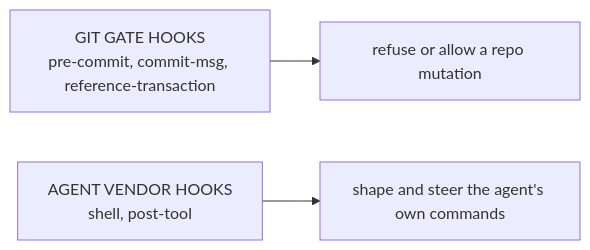
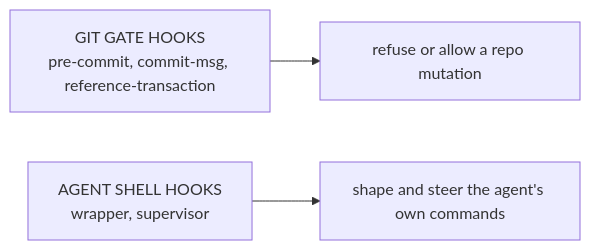
One commit to infimalabs/spice-rust changed the third of 8 diagrams in docs/product/planes/hooks.md. Above: the diagram before and after it, drawn with Mermaid. The commit also changed other lines of this file and 195 other files, not shown here.

````diff
--- a/docs/product/planes/hooks.md
+++ b/docs/product/planes/hooks.md
@@ -60,5 +60,5 @@
 ```mermaid
 flowchart LR
   G["GIT GATE HOOKS<br/>pre-commit, commit-msg, reference-transaction"] --> R["refuse or allow a repo mutation"]
-  D["AGENT VENDOR HOOKS<br/>shell, post-tool"] --> S["shape and steer the agent's own commands"]
+  D["AGENT SHELL HOOKS<br/>wrapper, supervisor"] --> S["shape and steer the agent's own commands"]
 ```
````
